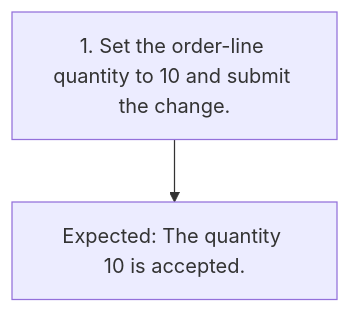
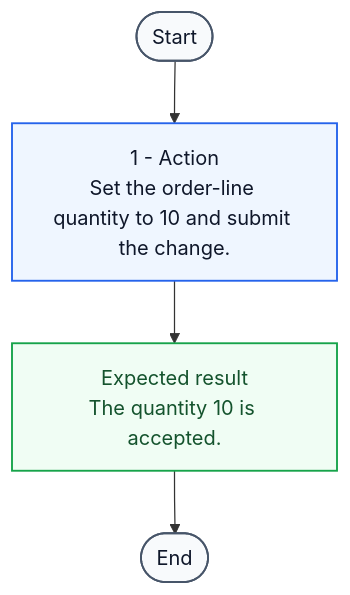
The diagram in examples/expected-output/test-cases-md/TC-003.md (Soturine/functional-test-designer), drawn with Mermaid before and after one commit. The commit also changed 17 other files, not shown here.

Commit message:
feat: improve offline mermaid test flows

````diff
--- a/examples/expected-output/test-cases-md/TC-003.md
+++ b/examples/expected-output/test-cases-md/TC-003.md
@@ -37,6 +37,18 @@
 ```mermaid
 flowchart TD
-    A1["1. Set the order-line quantity to 10 and submit the change."]
-    E1["Expected: The quantity 10 is accepted."]
-    A1 --> E1
+    S([Start])
+    A1["1 - Action<br/>Set the order-line quantity to 10 and submit the change."]
+    R1["Expected result<br/>The quantity 10 is accepted."]
+    F([End])
+
+    S --> A1 --> R1 --> F
+
+    classDef startEnd fill:#f8fafc,stroke:#475569,stroke-width:1.5px,color:#0f172a;
+    classDef action fill:#eff6ff,stroke:#2563eb,stroke-width:1.5px,color:#0f172a;
+    classDef expected fill:#f0fdf4,stroke:#16a34a,stroke-width:1.5px,color:#14532d;
+    classDef clarification fill:#fff7ed,stroke:#ea580c,stroke-width:1.5px,color:#7c2d12,stroke-dasharray:4 3;
+
+    class S,F startEnd;
+    class A1 action;
+    class R1 expected;
 ```
````
